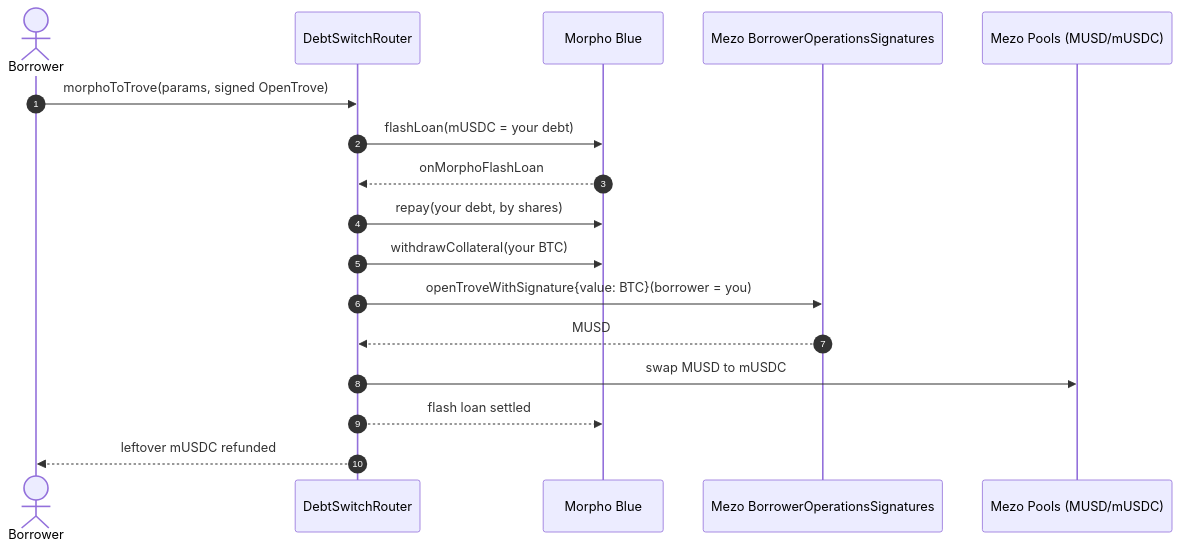
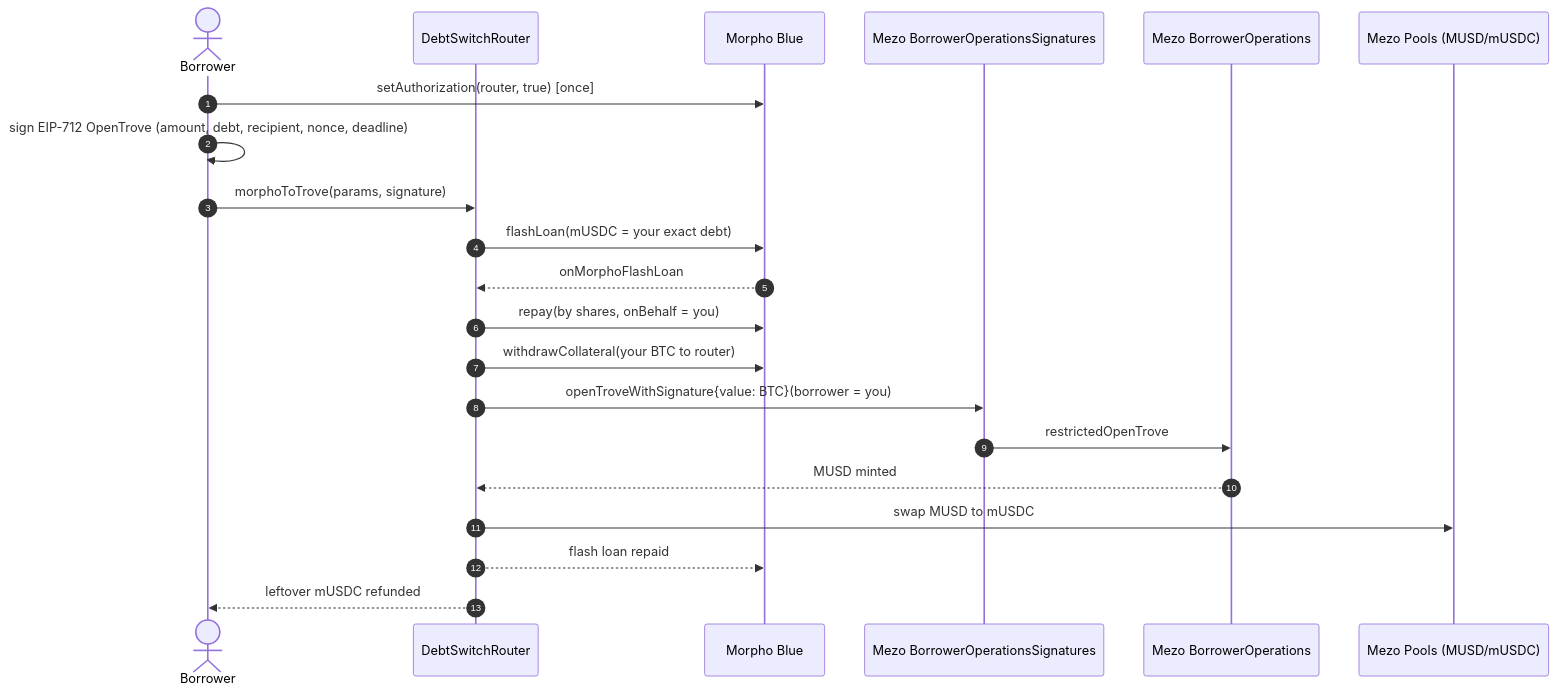
The first of 2 diagrams in README.md (mystiquemide/debt-switch), drawn with Mermaid before and after one commit. The commit also changed other lines of this file and 6 other files, not shown here.

````diff
--- a/README.md
+++ b/README.md
@@ -37,20 +72,24 @@
 ```mermaid
 sequenceDiagram
     autonumber
     actor U as Borrower
     participant R as DebtSwitchRouter
     participant M as Morpho Blue
     participant S as Mezo BorrowerOperationsSignatures
+    participant B as Mezo BorrowerOperations
     participant P as Mezo Pools (MUSD/mUSDC)
 
-    U->>R: morphoToTrove(params, signed OpenTrove)
-    R->>M: flashLoan(mUSDC = your debt)
+    U->>M: setAuthorization(router, true)  [once]
+    U->>U: sign EIP-712 OpenTrove (amount, debt, recipient, nonce, deadline)
+    U->>R: morphoToTrove(params, signature)
+    R->>M: flashLoan(mUSDC = your exact debt)
     M-->>R: onMorphoFlashLoan
-    R->>M: repay(your debt, by shares)
-    R->>M: withdrawCollateral(your BTC)
+    R->>M: repay(by shares, onBehalf = you)
+    R->>M: withdrawCollateral(your BTC to router)
     R->>S: openTroveWithSignature{value: BTC}(borrower = you)
-    S-->>R: MUSD
+    S->>B: restrictedOpenTrove
+    B-->>R: MUSD minted
     R->>P: swap MUSD to mUSDC
-    R-->>M: flash loan settled
+    R-->>M: flash loan repaid
     R-->>U: leftover mUSDC refunded
 ```
````
